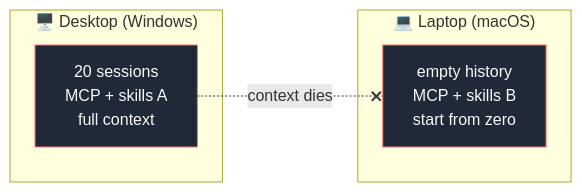
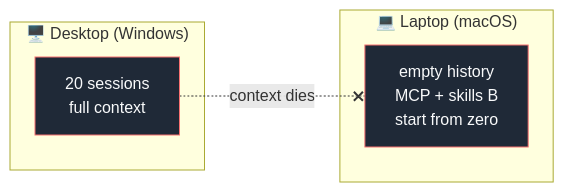
Before and after one commit to HarjjotSinghh/reinstate: the first of 3 diagrams in README.md, drawn with Mermaid. The commit also changed other lines of this file and 101 other files, not shown here.

````diff
--- a/README.md
+++ b/README.md
@@ -57,12 +57,12 @@
 ```mermaid
 flowchart LR
   subgraph Desktop["🖥️ Desktop (Windows)"]
-    D["20 sessions<br/>MCP + skills A<br/>full context"]
+    D["20 sessions<br/>full context"]
   end
   subgraph Laptop["💻 Laptop (macOS)"]
     L["empty history<br/>MCP + skills B<br/>start from zero"]
   end
   D -.-x|context dies| L
   style D fill:#1f2937,stroke:#f87171,color:#f9fafb
   style L fill:#1f2937,stroke:#f87171,color:#f9fafb
 ```
````
